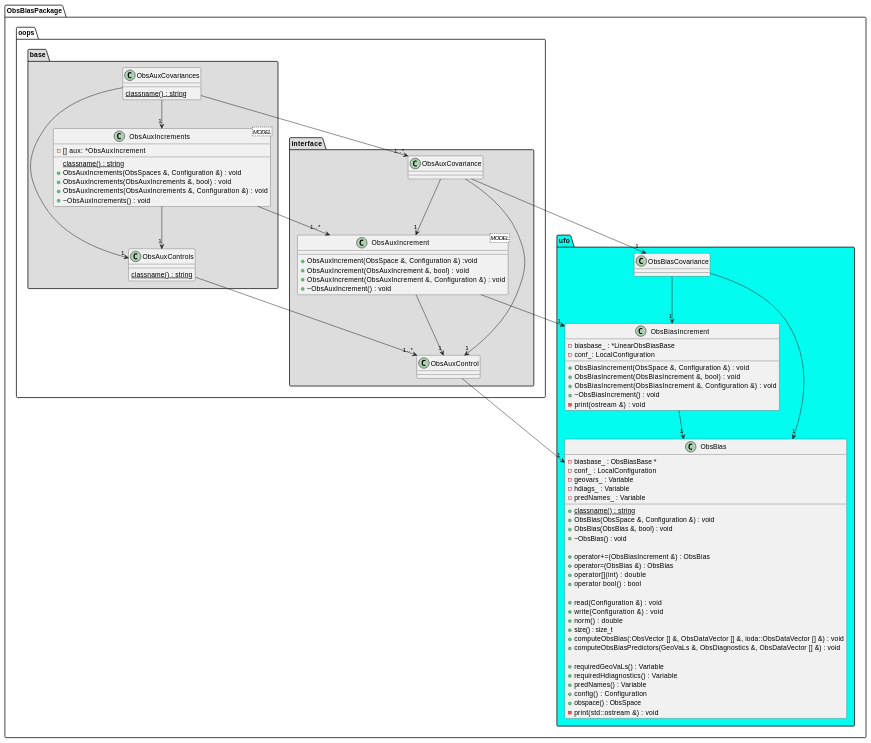
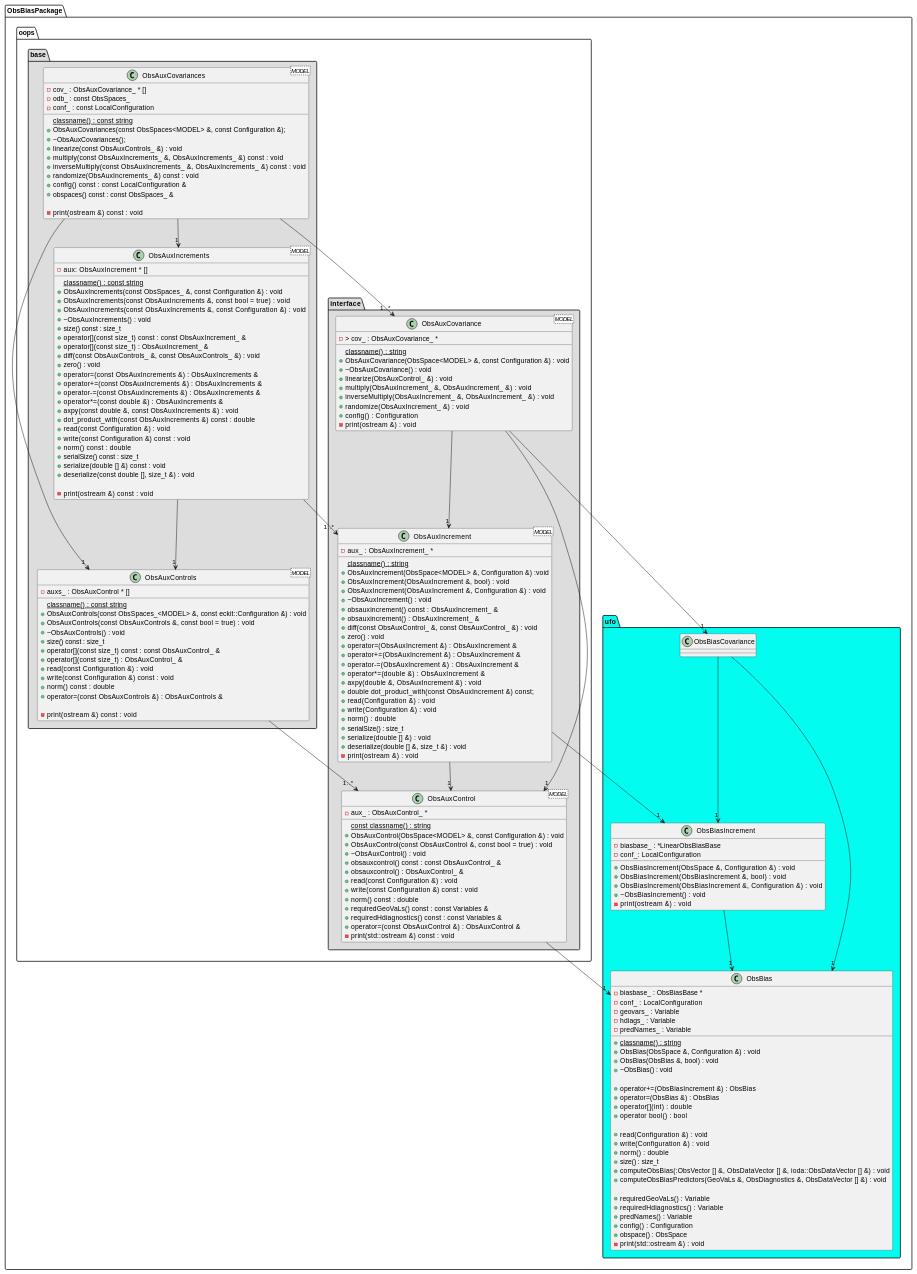
Before and after one commit to xinzhang8noaa/jedi-varbc-doc: the diagram in source/design/design.rst, drawn with PlantUML. The commit also changed 7 other files, not shown here.

```diff
--- a/source/design/design.rst
+++ b/source/design/design.rst
@@ -9,21 +9,66 @@
 
       namespace oops.base #DDDDDD {
 
-          class ObsAuxControls {
-            {static} classname() : string
+          class ObsAuxControls <MODEL> {
+            {static} classname() : const string
+            + ObsAuxControls(const ObsSpaces_<MODEL> &, const eckit::Configuration &) : void
+            + ObsAuxControls(const ObsAuxControls &, const bool = true) : void
+            + ~ObsAuxControls() : void
+            + size() const : size_t 
+            + operator[](const size_t) const : const ObsAuxControl_ &
+            + operator[](const size_t) : ObsAuxControl_ &
+            + read(const Configuration &) : void
+            + write(const Configuration &) const : void
+            + norm() const : double
+            + operator=(const ObsAuxControls &) : ObsAuxControls &
+            
+            - print(ostream &) const : void
+            - auxs_ : ObsAuxControl * [] 
           }
 
           class ObsAuxIncrements <MODEL> {
-            {static} classname() : string
-            + ObsAuxIncrements(ObsSpaces &, Configuration &) : void
-            + ObsAuxIncrements(ObsAuxIncrements &, bool) : void
-            + ObsAuxIncrements(ObsAuxIncrements &, Configuration &) : void
+            {static} classname() : const string
+            + ObsAuxIncrements(const ObsSpaces_ &, const Configuration &) : void
+            + ObsAuxIncrements(const ObsAuxIncrements &, const bool = true) : void
+            + ObsAuxIncrements(const ObsAuxIncrements &, const Configuration &) : void
             + ~ObsAuxIncrements() : void
-            - [] aux: *ObsAuxIncrement
+            + size() const : size_t
+            + operator[](const size_t) const : const ObsAuxIncrement_ &
+            + operator[](const size_t) : ObsAuxIncrement_ &
+            + diff(const ObsAuxControls_ &, const ObsAuxControls_ &) : void
+            + zero() : void
+            + operator=(const ObsAuxIncrements &) : ObsAuxIncrements &
+            + operator+=(const ObsAuxIncrements &) : ObsAuxIncrements &
+            + operator-=(const ObsAuxIncrements &) : ObsAuxIncrements & 
+            + operator*=(const double &) : ObsAuxIncrements & 
+            + axpy(const double &, const ObsAuxIncrements &) : void
+            + dot_product_with(const ObsAuxIncrements &) const : double
+            + read(const Configuration &) : void
+            + write(const Configuration &) const : void
+            + norm() const : double
+            + serialSize() const : size_t
+            + serialize(double [] &) const : void
+            + deserialize(const double [], size_t &) : void
+
+            - print(ostream &) const : void
+            - aux: ObsAuxIncrement * []
           }
 
-          class ObsAuxCovariances {
-            {static} classname() : string
+          class ObsAuxCovariances <MODEL> {
+            {static} classname() : const string
+            + ObsAuxCovariances(const ObsSpaces<MODEL> &, const Configuration &);
+            + ~ObsAuxCovariances();
+            + linearize(const ObsAuxControls_ &) : void
+            + multiply(const ObsAuxIncrements_ &, ObsAuxIncrements_ &) const : void 
+            + inverseMultiply(const ObsAuxIncrements_ &, ObsAuxIncrements_ &) const : void
+            + randomize(ObsAuxIncrements_ &) const : void
+            + config() const : const LocalConfiguration &
+            + obspaces() const : const ObsSpaces_ &
+
+            - print(ostream &) const : void
+            - cov_ : ObsAuxCovariance_ * []
+            - odb_ : const ObsSpaces_
+            - conf_ : const LocalConfiguration
           }
 
           ObsAuxIncrements --> "1" ObsAuxControls
@@ -34,17 +79,60 @@
 
       namespace oops.interface #DDDDDD {
           
-          class ObsAuxControl {
+          class ObsAuxControl <MODEL> {
+            {static} const classname() : string
+            + ObsAuxControl(ObsSpace<MODEL> &, const Configuration &) : void
+            + ObsAuxControl(const ObsAuxControl &, const bool = true) : void
+            + ~ObsAuxControl() : void
+            + obsauxcontrol() const : const ObsAuxControl_ &
+            + obsauxcontrol() : ObsAuxControl_ &
+            + read(const Configuration &) : void
+            + write(const Configuration &) const : void
+            + norm() const : double
+            + requiredGeoVaLs() const : const Variables & 
+            + requiredHdiagnostics() const : const Variables &
+            + operator=(const ObsAuxControl &) : ObsAuxControl &
+            - print(std::ostream &) const : void
+            - aux_ : ObsAuxControl_ *
           }
           
           class ObsAuxIncrement <MODEL> {
-            + ObsAuxIncrement(ObsSpace &, Configuration &) :void
+            {static} classname() : string
+            + ObsAuxIncrement(ObsSpace<MODEL> &, Configuration &) :void
             + ObsAuxIncrement(ObsAuxIncrement &, bool) : void
             + ObsAuxIncrement(ObsAuxIncrement &, Configuration &) : void
             + ~ObsAuxIncrement() : void
+            + obsauxincrement() const : ObsAuxIncrement_ &
+            + obsauxincrement() : ObsAuxIncrement_ &
+            + diff(const ObsAuxControl_ &, const ObsAuxControl_ &) : void
+            + zero() : void
+            + operator=(ObsAuxIncrement &) : ObsAuxIncrement &
+            + operator+=(ObsAuxIncrement &) : ObsAuxIncrement &
+            + operator-=(ObsAuxIncrement &) : ObsAuxIncrement &
+            + operator*=(double &) : ObsAuxIncrement &
+            + axpy(double &, ObsAuxIncrement &) : void
+            + double dot_product_with(const ObsAuxIncrement &) const;
+            + read(Configuration &) : void
+            + write(Configuration &) : void
+            + norm() : double
+            + serialSize() : size_t
+            + serialize(double [] &) : void
+            + deserialize(double [] &, size_t &) : void
+            - print(ostream &) : void
+            - aux_ : ObsAuxIncrement_ *
           }
 
-          class ObsAuxCovariance {
+          class ObsAuxCovariance <MODEL> {
+            {static} classname() : string
+            + ObsAuxCovariance(ObsSpace<MODEL> &, const Configuration &) : void
+            + ~ObsAuxCovariance() : void
+            + linearize(ObsAuxControl_ &) : void
+            + multiply(ObsAuxIncrement_ &, ObsAuxIncrement_ &) : void
+            + inverseMultiply(ObsAuxIncrement_ &, ObsAuxIncrement_ &) : void
+            + randomize(ObsAuxIncrement_ &) : void
+            + config() : Configuration
+            - print(ostream &) : void
+            - > cov_ : ObsAuxCovariance_ *
           }
         
           ObsAuxIncrement --> "1" ObsAuxControl
```
